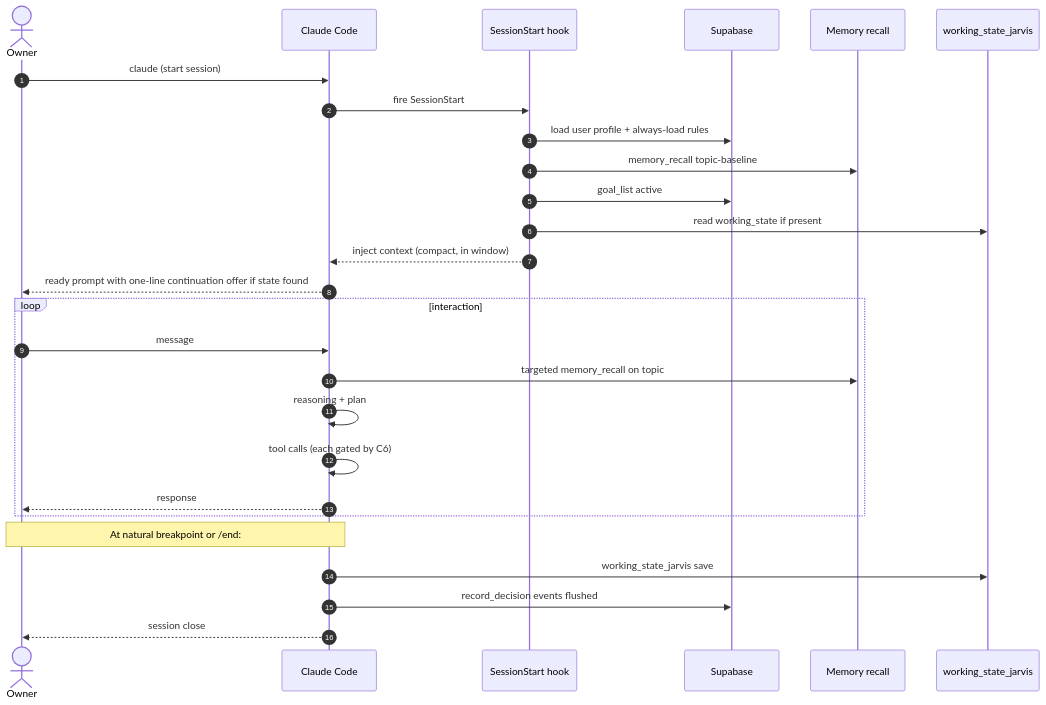
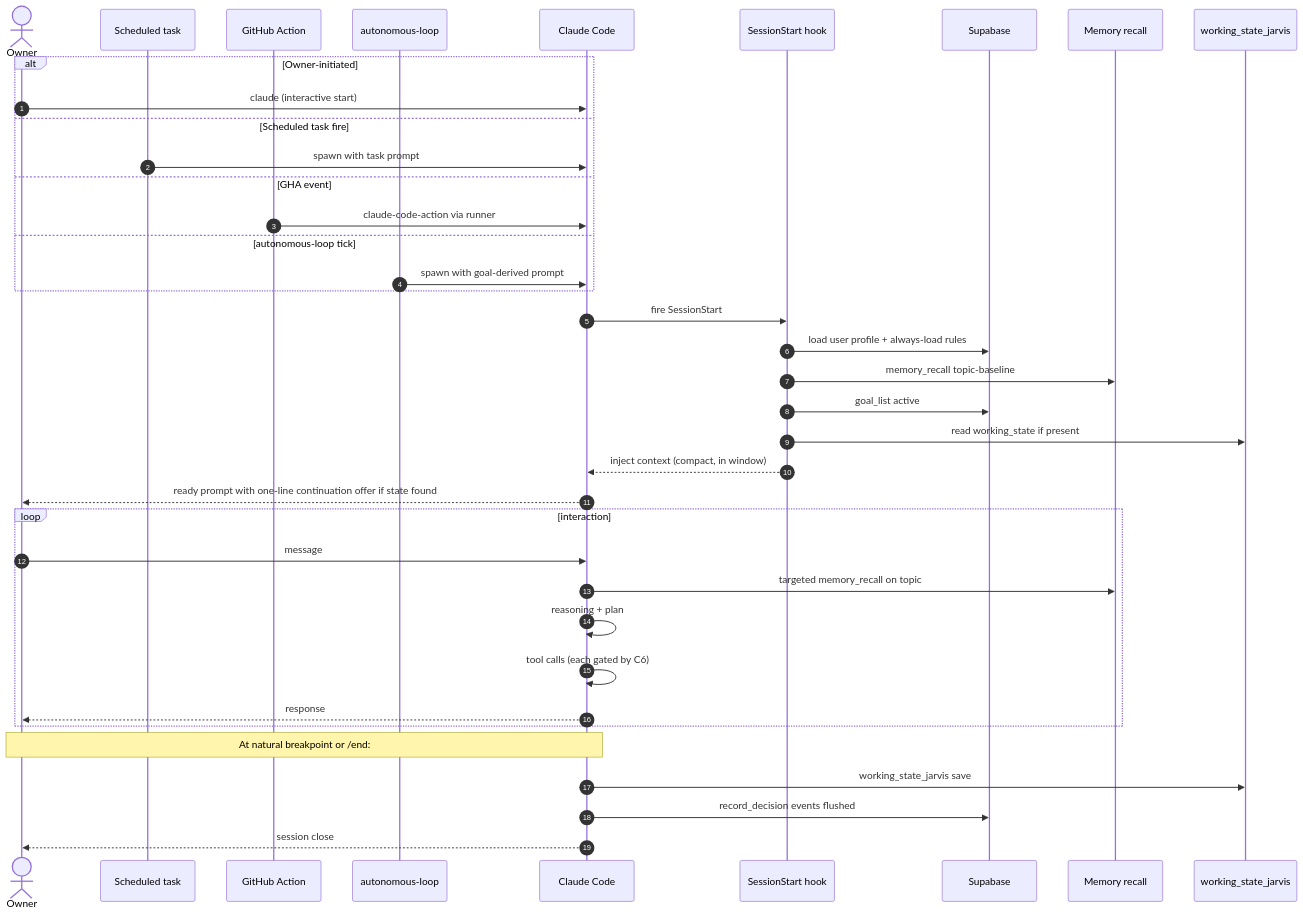
One commit to Osasuwu/jarvis changed the first of 8 diagrams in docs/design/jarvis-flows.md. Above: the diagram before and after it, drawn with Mermaid. The commit also changed other lines of this file and 7 other files, not shown here.

````diff
--- a/docs/design/jarvis-flows.md
+++ b/docs/design/jarvis-flows.md
@@ -24,32 +24,44 @@
 ```mermaid
 sequenceDiagram
     autonumber
     actor Owner
+    participant Sched as Scheduled task
+    participant GHA as GitHub Action
+    participant ALoop as autonomous-loop
     participant CC as Claude Code
     participant Hook as SessionStart hook
     participant Pg as Supabase
     participant Mem as Memory recall
     participant State as working_state_jarvis
 
-    Owner->>CC: claude (start session)
+    alt Owner-initiated
+        Owner->>CC: claude (interactive start)
+    else Scheduled task fire
+        Sched->>CC: spawn with task prompt
+    else GHA event
+        GHA->>CC: claude-code-action via runner
+    else autonomous-loop tick
+        ALoop->>CC: spawn with goal-derived prompt
+    end
+
     CC->>Hook: fire SessionStart
     Hook->>Pg: load user profile + always-load rules
     Hook->>Mem: memory_recall topic-baseline
     Hook->>Pg: goal_list active
     Hook->>State: read working_state if present
     Hook-->>CC: inject context (compact, in window)
     CC-->>Owner: ready prompt with one-line continuation offer if state found
 
     loop interaction
         Owner->>CC: message
         CC->>Mem: targeted memory_recall on topic
         CC->>CC: reasoning + plan
         CC->>CC: tool calls (each gated by C6)
         CC-->>Owner: response
     end
 
     Note over Owner, CC: At natural breakpoint or /end:
     CC->>State: working_state_jarvis save
     CC->>Pg: record_decision events flushed
     CC-->>Owner: session close
 ```
````
